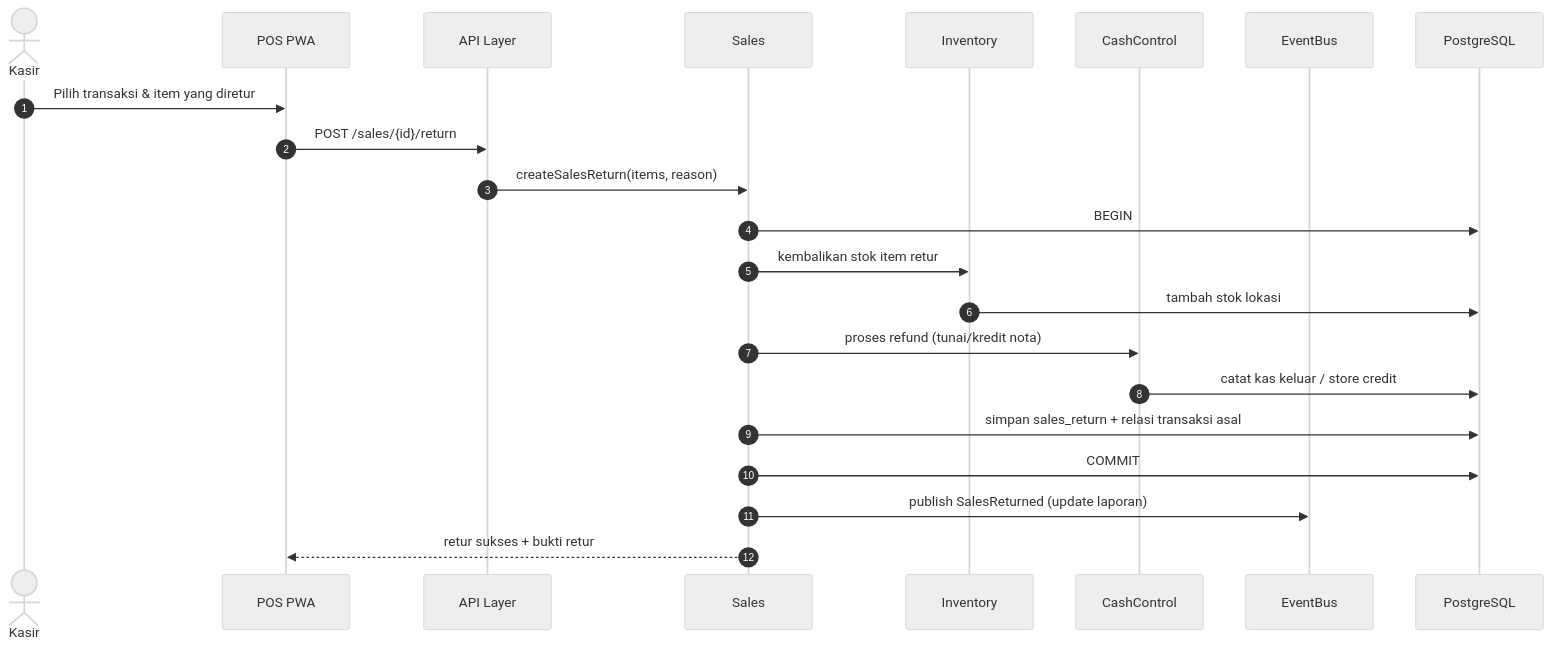
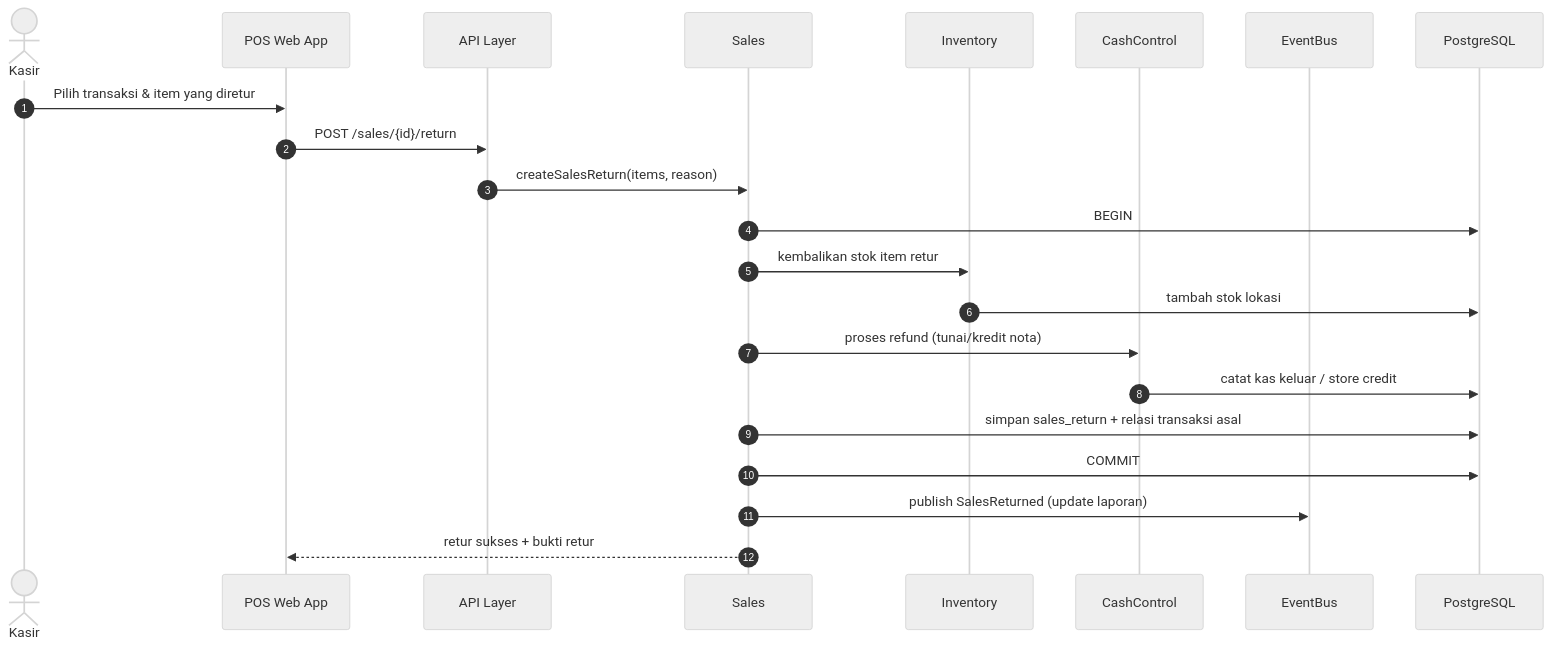
The ninth of 31 diagrams in Sequence_Diagram.md (whaone/POS2026), drawn with Mermaid (neutral theme) before and after one commit. The commit also changed other lines of this file and 3 other files, not shown here.

````diff
--- a/Sequence_Diagram.md
+++ b/Sequence_Diagram.md
@@ -335,25 +394,25 @@
 ```mermaid
 sequenceDiagram
     autonumber
     actor Kasir
-    participant PWA as POS PWA
+    participant POS as POS Web App
     participant API as API Layer
     participant SAL as Sales
     participant INV as Inventory
     participant CSH as CashControl
     participant BUS as EventBus
     participant DB as PostgreSQL
  
-    Kasir->>PWA: Pilih transaksi & item yang diretur
-    PWA->>API: POST /sales/{id}/return
+    Kasir->>POS: Pilih transaksi & item yang diretur
+    POS->>API: POST /sales/{id}/return
     API->>SAL: createSalesReturn(items, reason)
     SAL->>DB: BEGIN
     SAL->>INV: kembalikan stok item retur
     INV->>DB: tambah stok lokasi
     SAL->>CSH: proses refund (tunai/kredit nota)
     CSH->>DB: catat kas keluar / store credit
     SAL->>DB: simpan sales_return + relasi transaksi asal
     SAL->>DB: COMMIT
     SAL->>BUS: publish SalesReturned (update laporan)
-    SAL-->>PWA: retur sukses + bukti retur
+    SAL-->>POS: retur sukses + bukti retur
 ```
````
